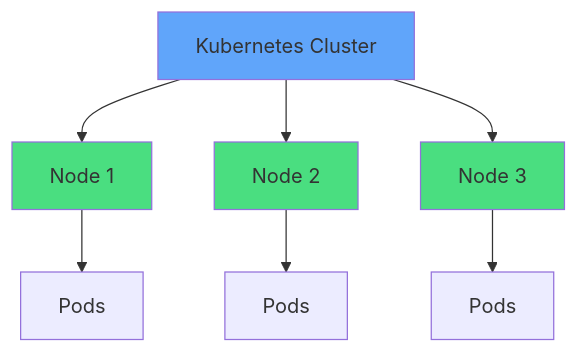
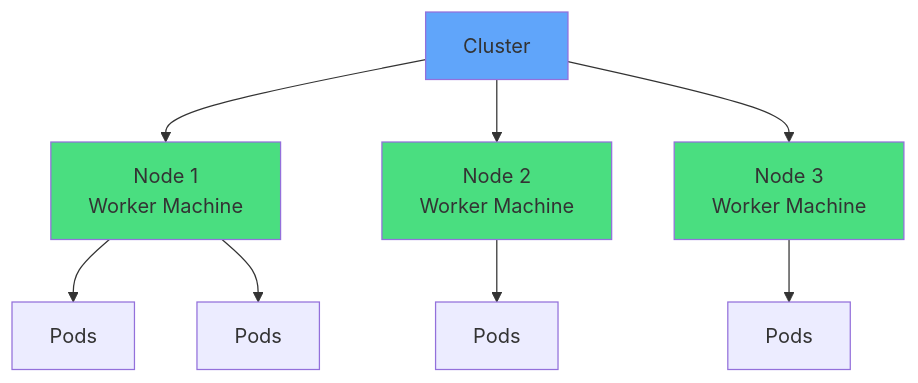
The first of 8 diagrams in slides/nodes/slides.md (courselabs/kubernetes), drawn with Mermaid before and after one commit. The commit also changed other lines of this file and 5 other files, not shown here.

````diff
--- a/slides/nodes/slides.md
+++ b/slides/nodes/slides.md
@@ -23,14 +23,14 @@
 ```mermaid
 graph TB
-    C[Kubernetes Cluster]
-    C --> N1[Node 1]
-    C --> N2[Node 2]
-    C --> N3[Node 3]
+    C[Cluster] --> N1[Node 1<br/>Worker Machine]
+    C --> N2[Node 2<br/>Worker Machine]
+    C --> N3[Node 3<br/>Worker Machine]
     N1 --> P1[Pods]
-    N2 --> P2[Pods]
-    N3 --> P3[Pods]
+    N1 --> P2[Pods]
+    N2 --> P3[Pods]
+    N3 --> P4[Pods]
     style C fill:#60a5fa
     style N1 fill:#4ade80
     style N2 fill:#4ade80
     style N3 fill:#4ade80
 ```
````
